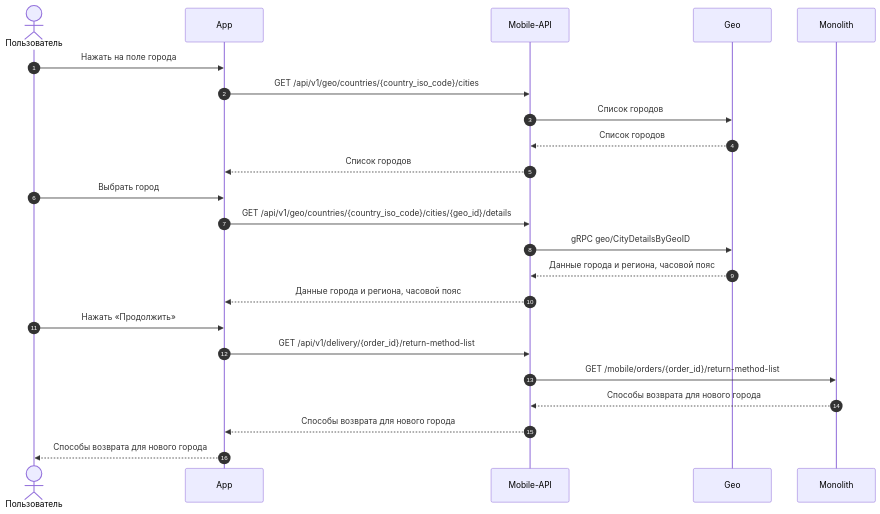
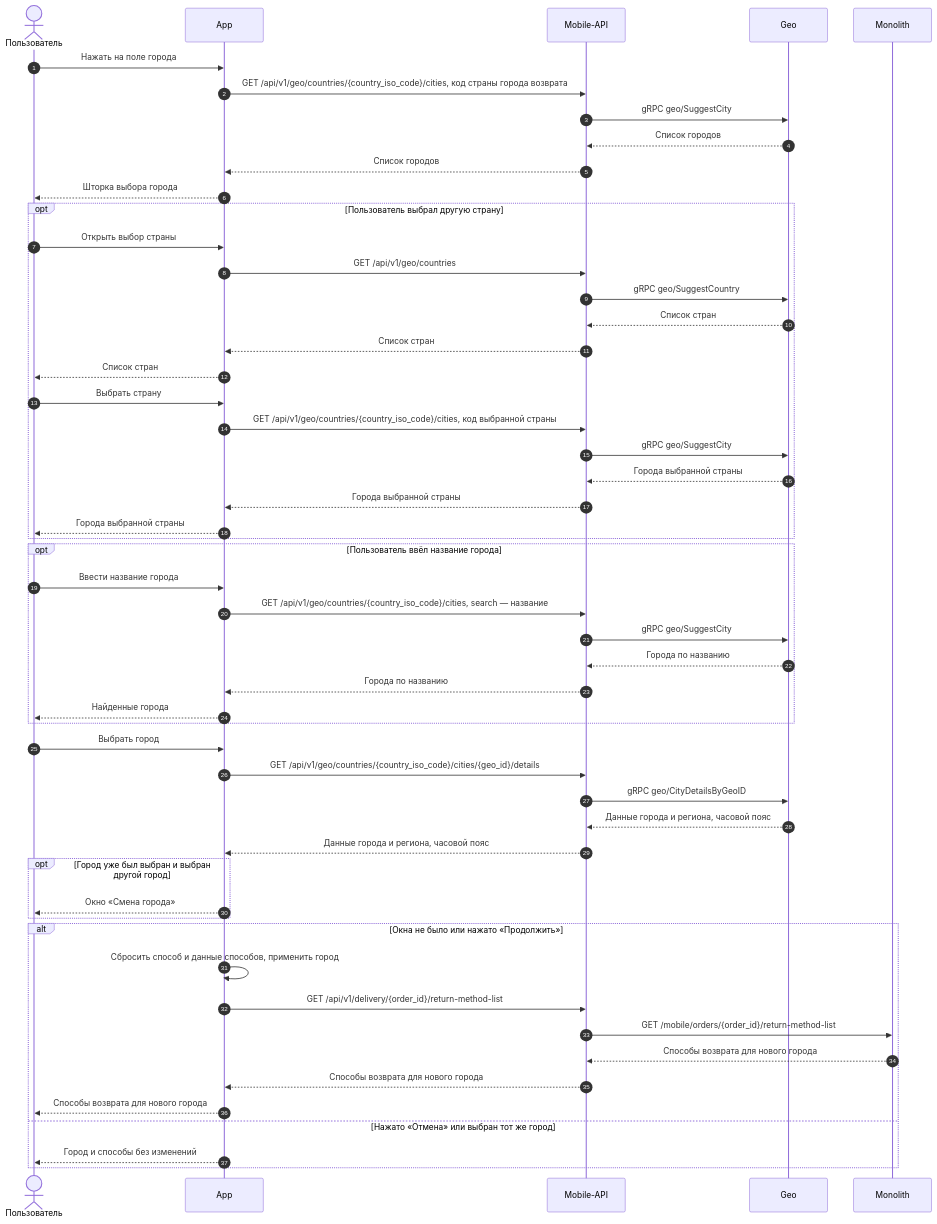
One commit to Terinss155/opencode-agents-analysis changed the sixth of 20 diagrams in projects/returns-2.0/requirements/srs/srs-mobile-mvp_wiki.md. Above: the diagram before and after it, drawn with Mermaid. The commit also changed other lines of this file and 40 other files, not shown here.

````diff
--- a/projects/returns-2.0/requirements/srs/srs-mobile-mvp_wiki.md
+++ b/projects/returns-2.0/requirements/srs/srs-mobile-mvp_wiki.md
@@ -511,26 +531,56 @@
 ```mermaid
 sequenceDiagram
     autonumber
     actor U as Пользователь
     participant APP as App
     participant API as Mobile-API
     participant GEO as Geo
     participant MON as Monolith
 
     U->>APP: Нажать на поле города
-    APP->>API: GET /api/v1/geo/countries/{country_iso_code}/cities
-    API->>GEO: Список городов
+    APP->>API: GET /api/v1/geo/countries/{country_iso_code}/cities, код страны города возврата
+    API->>GEO: gRPC geo/SuggestCity
     GEO-->>API: Список городов
     API-->>APP: Список городов
+    APP-->>U: Шторка выбора города
+    opt Пользователь выбрал другую страну
+        U->>APP: Открыть выбор страны
+        APP->>API: GET /api/v1/geo/countries
+        API->>GEO: gRPC geo/SuggestCountry
+        GEO-->>API: Список стран
+        API-->>APP: Список стран
+        APP-->>U: Список стран
+        U->>APP: Выбрать страну
+        APP->>API: GET /api/v1/geo/countries/{country_iso_code}/cities, код выбранной страны
+        API->>GEO: gRPC geo/SuggestCity
+        GEO-->>API: Города выбранной страны
+        API-->>APP: Города выбранной страны
+        APP-->>U: Города выбранной страны
+    end
+    opt Пользователь ввёл название города
+        U->>APP: Ввести название города
+        APP->>API: GET /api/v1/geo/countries/{country_iso_code}/cities, search — название
+        API->>GEO: gRPC geo/SuggestCity
+        GEO-->>API: Города по названию
+        API-->>APP: Города по названию
+        APP-->>U: Найденные города
+    end
     U->>APP: Выбрать город
     APP->>API: GET /api/v1/geo/countries/{country_iso_code}/cities/{geo_id}/details
     API->>GEO: gRPC geo/CityDetailsByGeoID
     GEO-->>API: Данные города и региона, часовой пояс
     API-->>APP: Данные города и региона, часовой пояс
-    U->>APP: Нажать «Продолжить»
-    APP->>API: GET /api/v1/delivery/{order_id}/return-method-list
-    API->>MON: GET /mobile/orders/{order_id}/return-method-list
-    MON-->>API: Способы возврата для нового города
-    API-->>APP: Способы возврата для нового города
-    APP-->>U: Способы возврата для нового города
+    opt Город уже был выбран и выбран другой город
+        APP-->>U: Окно «Смена города»
+    end
+    alt Окна не было или нажато «Продолжить»
+        APP->>APP: Сбросить способ и данные способов, применить город
+        APP->>API: GET /api/v1/delivery/{order_id}/return-method-list
+        API->>MON: GET /mobile/orders/{order_id}/return-method-list
+        MON-->>API: Способы возврата для нового города
+        API-->>APP: Способы возврата для нового города
+        APP-->>U: Способы возврата для нового города
+    else Нажато «Отмена» или выбран тот же город
+        APP-->>U: Город и способы без изменений
+    end
 ```
````
